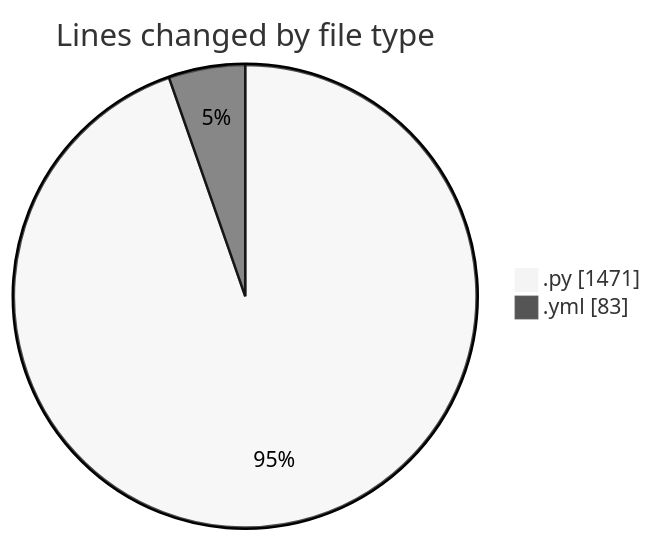
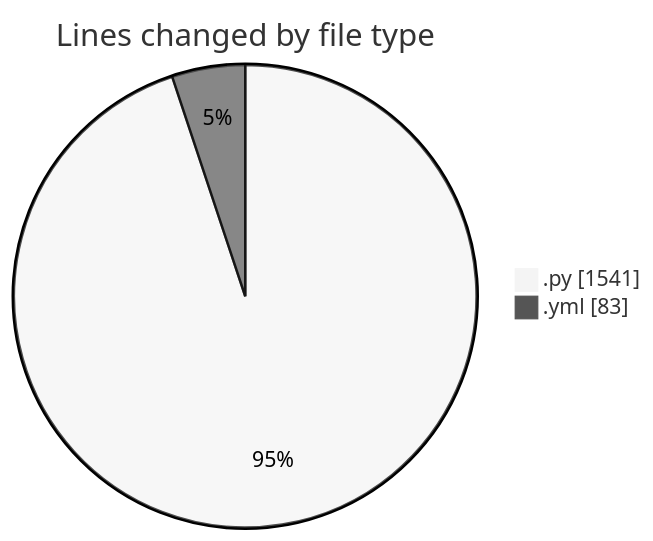
The first of 2 diagrams in 2025-10-10/eventscop-api-guide__workspace_/README.md (julien-gomy/code-tracking), drawn with Mermaid (neutral theme) before and after one commit. The commit also changed other lines of this file and 1 other file, not shown here.

````diff
--- a/2025-10-10/eventscop-api-guide__workspace_/README.md
+++ b/2025-10-10/eventscop-api-guide__workspace_/README.md
@@ -24,6 +24,6 @@
 ```mermaid
 pie showData
 title Lines changed by file type
-".py" : 1471
+".py" : 1541
 ".yml" : 83
 ```
````
